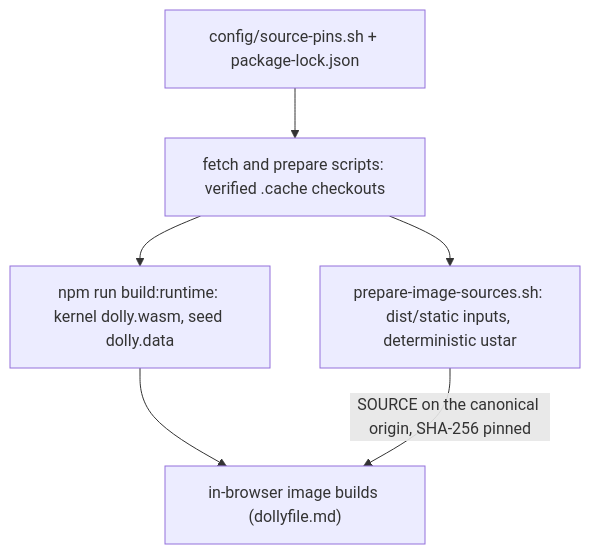
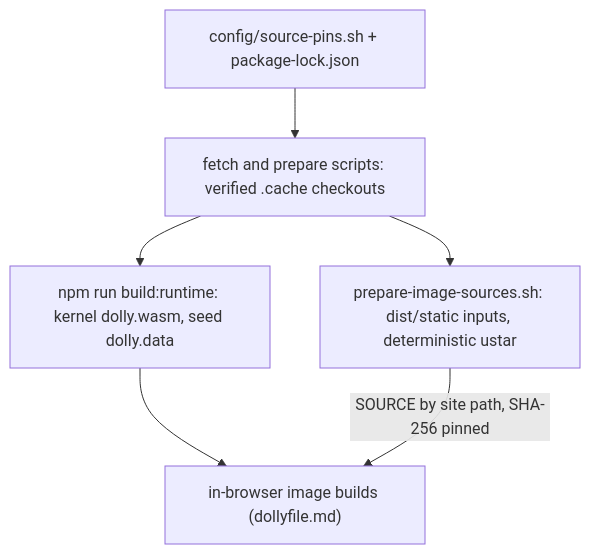
The diagram in docs/sources.md (daugasauron/dolly), drawn with Mermaid before and after one commit. The commit also changed other lines of this file and 85 other files, not shown here.

````diff
--- a/docs/sources.md
+++ b/docs/sources.md
@@ -8,8 +8,8 @@
 ```mermaid
 flowchart TD
   pins["config/source-pins.sh + package-lock.json"] --> prep["fetch and prepare scripts: verified .cache checkouts"]
   prep --> runtime["npm run build:runtime: kernel dolly.wasm, seed dolly.data"]
   prep --> static["prepare-image-sources.sh: dist/static inputs, deterministic ustar"]
   runtime --> images["in-browser image builds (dollyfile.md)"]
-  static -- "SOURCE on the canonical origin, SHA-256 pinned" --> images
+  static -- "SOURCE by site path, SHA-256 pinned" --> images
 ```
````
